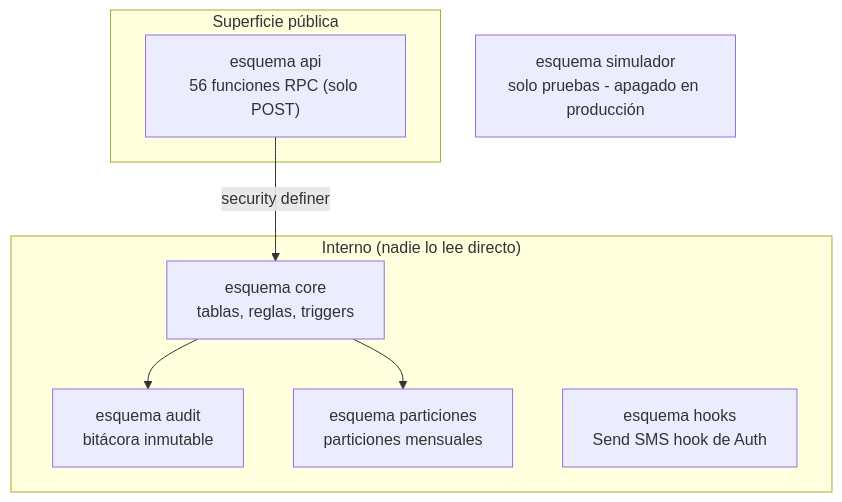
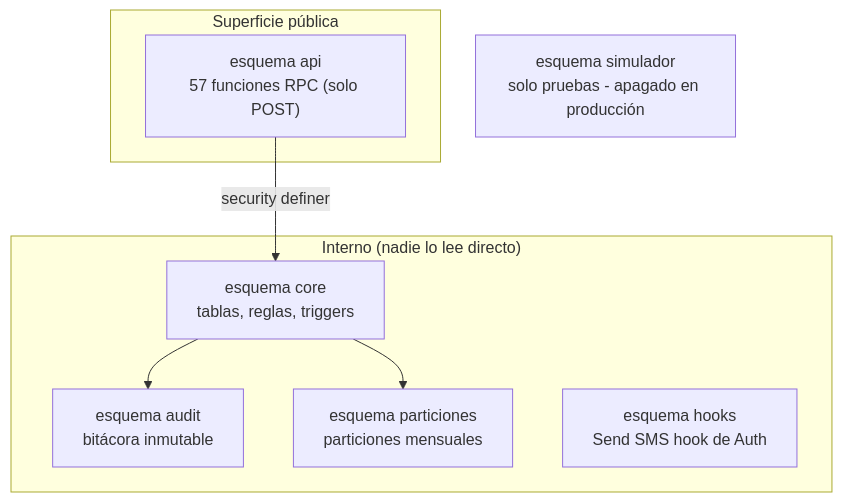
One commit to eduardomv2/hackathon-puebla changed the second of 9 diagrams in docs/arquitectura/02_arquitectura_y_diagramas.md. Above: the diagram before and after it, drawn with Mermaid. The commit also changed 17 other files, not shown here.

````diff
--- a/docs/arquitectura/02_arquitectura_y_diagramas.md
+++ b/docs/arquitectura/02_arquitectura_y_diagramas.md
@@ -63,16 +63,16 @@
 ```mermaid
 flowchart TB
   subgraph pub["Superficie pública"]
-    API["esquema api<br/>56 funciones RPC (solo POST)"]
+    API["esquema api<br/>57 funciones RPC (solo POST)"]
   end
   subgraph prv["Interno (nadie lo lee directo)"]
     CORE["esquema core<br/>tablas, reglas, triggers"]
     AUD["esquema audit<br/>bitácora inmutable"]
     PART["esquema particiones<br/>particiones mensuales"]
     HOOKS["esquema hooks<br/>Send SMS hook de Auth"]
   end
   SIM["esquema simulador<br/>solo pruebas - apagado en producción"]
   API -->|security definer| CORE
   CORE --> AUD
   CORE --> PART
 ```
````
